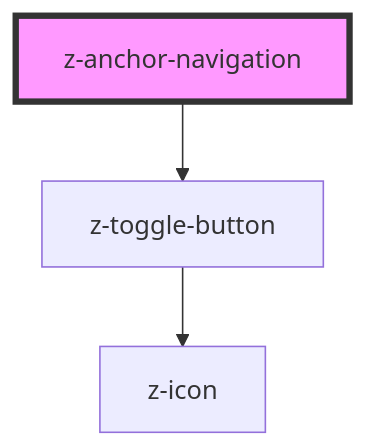
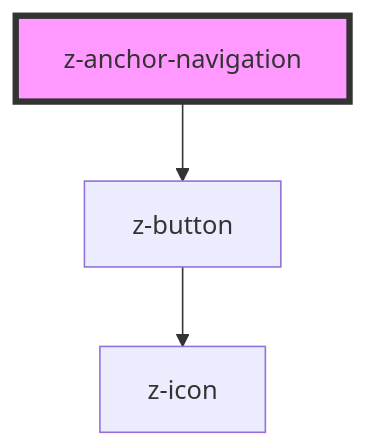
Before and after one commit to ZanichelliEditore/design-system: the diagram in src/components/z-anchor-navigation/readme.md, drawn with Mermaid. The commit also changed other lines of this file and 7 other files, not shown here.

Commit message:
chore: revert z-toggle-button changes

````diff
--- a/src/components/z-anchor-navigation/readme.md
+++ b/src/components/z-anchor-navigation/readme.md
@@ -29,6 +29,6 @@
 ```mermaid
 graph TD;
-  z-anchor-navigation --> z-toggle-button
-  z-toggle-button --> z-icon
+  z-anchor-navigation --> z-button
+  z-button --> z-icon
   style z-anchor-navigation fill:#f9f,stroke:#333,stroke-width:4px
 ```
````
